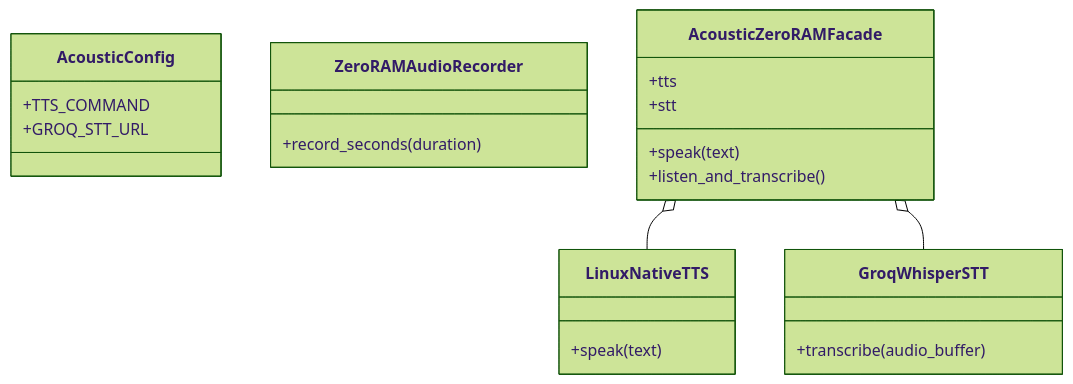
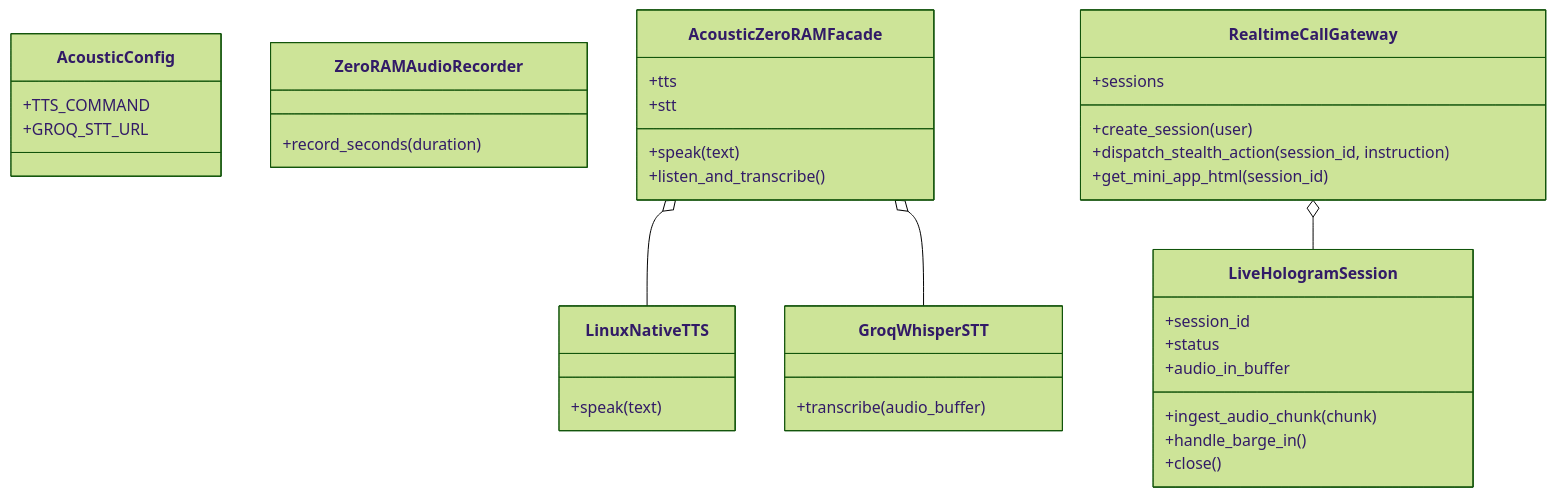
Before and after one commit to SAGBO4/FreeAi: the diagram in docs/architecture/voice/classes.md, drawn with Mermaid (forest theme). The commit also changed 11 other files, not shown here.

````diff
--- a/docs/architecture/voice/classes.md
+++ b/docs/architecture/voice/classes.md
@@ -3,25 +3,40 @@
 ```mermaid
 classDiagram
 %% source: app/voice
 class AcousticConfig {
   +TTS_COMMAND
   +GROQ_STT_URL
 }
 class ZeroRAMAudioRecorder {
   +record_seconds(duration)
 }
 class GroqWhisperSTT {
   +transcribe(audio_buffer)
 }
 class LinuxNativeTTS {
   +speak(text)
 }
 class AcousticZeroRAMFacade {
   +tts
   +stt
   +speak(text)
   +listen_and_transcribe()
 }
+class LiveHologramSession {
+  +session_id
+  +status
+  +audio_in_buffer
+  +ingest_audio_chunk(chunk)
+  +handle_barge_in()
+  +close()
+}
+class RealtimeCallGateway {
+  +sessions
+  +create_session(user)
+  +dispatch_stealth_action(session_id, instruction)
+  +get_mini_app_html(session_id)
+}
 AcousticZeroRAMFacade o-- LinuxNativeTTS
 AcousticZeroRAMFacade o-- GroqWhisperSTT
+RealtimeCallGateway o-- LiveHologramSession
 ```
````
